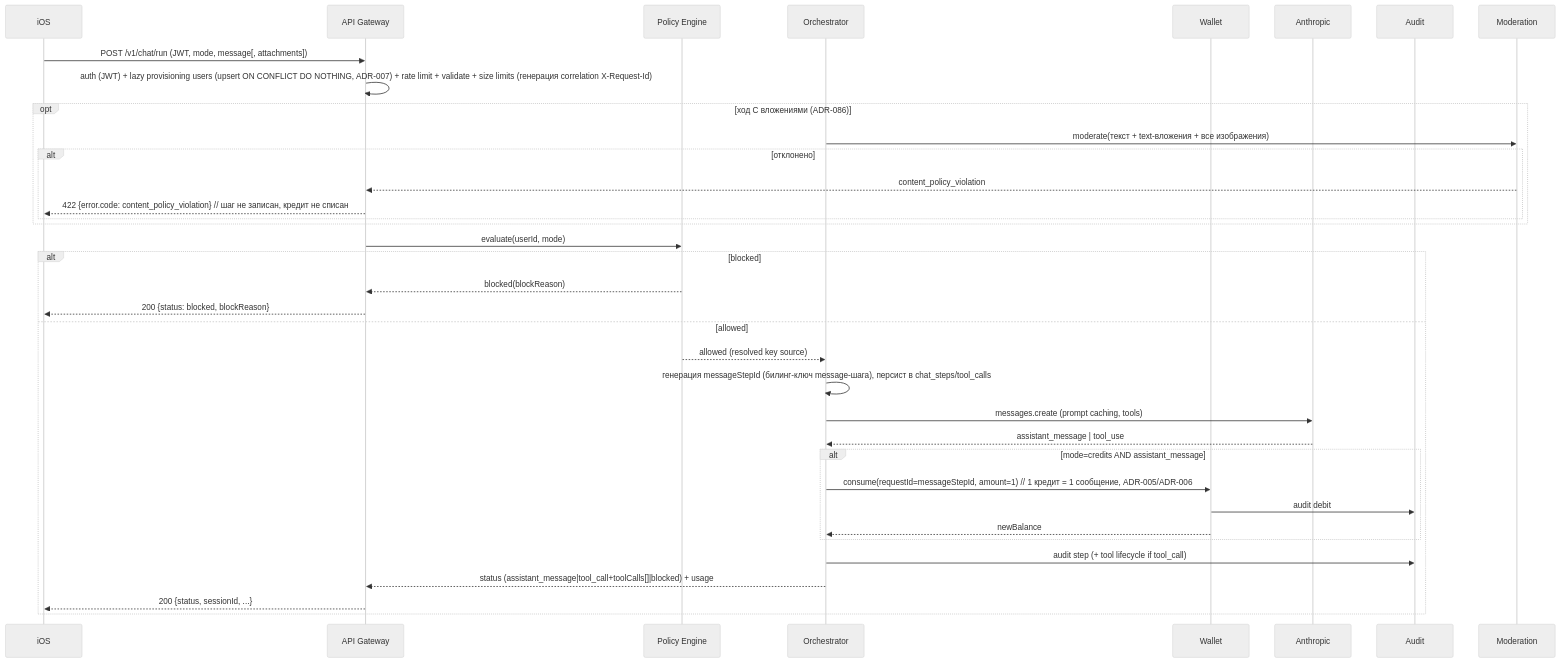
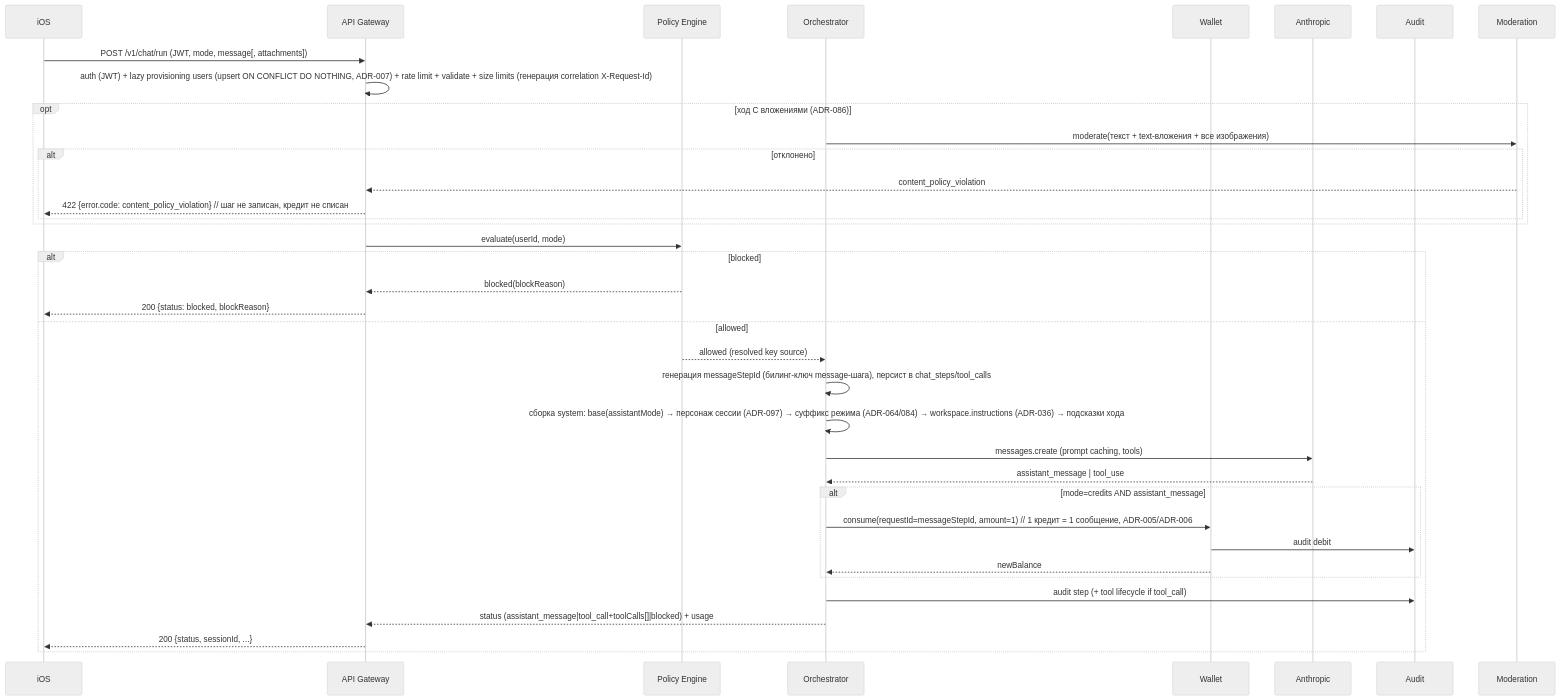
One commit to eliseiv/claude-ios changed the second of 3 diagrams in docs/01-architecture.md. Above: the diagram before and after it, drawn with Mermaid (neutral theme). The commit also changed other lines of this file and 37 other files, not shown here.

````diff
--- a/docs/01-architecture.md
+++ b/docs/01-architecture.md
@@ -109,39 +109,40 @@
 ```mermaid
 sequenceDiagram
     participant C as iOS
     participant GW as API Gateway
     participant P as Policy Engine
     participant O as Orchestrator
     participant W as Wallet
     participant A as Anthropic
     participant AU as Audit
 
     participant M as Moderation
     C->>GW: POST /v1/chat/run (JWT, mode, message[, attachments])
     GW->>GW: auth (JWT) + lazy provisioning users (upsert ON CONFLICT DO NOTHING, ADR-007) + rate limit + validate + size limits (генерация correlation X-Request-Id)
     opt ход С вложениями (ADR-086)
         O->>M: moderate(текст + text-вложения + все изображения)
         alt отклонено
             M-->>GW: content_policy_violation
             GW-->>C: 422 {error.code: content_policy_violation}  // шаг не записан, кредит не списан
         end
     end
     GW->>P: evaluate(userId, mode)
     alt blocked
         P-->>GW: blocked(blockReason)
         GW-->>C: 200 {status: blocked, blockReason}
     else allowed
         P-->>O: allowed (resolved key source)
         O->>O: генерация messageStepId (билинг-ключ message-шага), персист в chat_steps/tool_calls
+        O->>O: сборка system: base(assistantMode) → персонаж сессии (ADR-097) → суффикс режима (ADR-064/084) → workspace.instructions (ADR-036) → подсказки хода
         O->>A: messages.create (prompt caching, tools)
         A-->>O: assistant_message | tool_use
         alt mode=credits AND assistant_message
             O->>W: consume(requestId=messageStepId, amount=1)  // 1 кредит = 1 сообщение, ADR-005/ADR-006
             W->>AU: audit debit
             W-->>O: newBalance
         end
         O->>AU: audit step (+ tool lifecycle if tool_call)
         O-->>GW: status (assistant_message|tool_call+toolCalls[]|blocked) + usage
         GW-->>C: 200 {status, sessionId, ...}
     end
 ```
````
